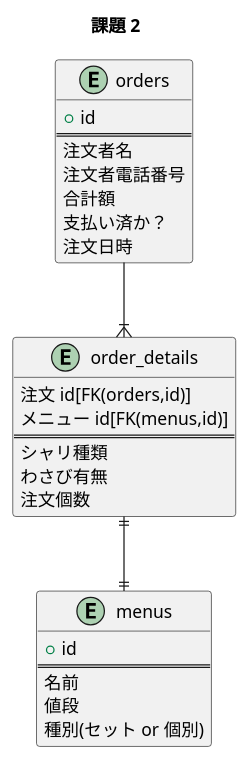
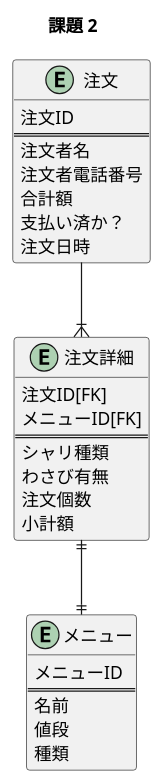
Before and after one commit to naniwadari/praha_challenge: the diagram in db/DBモデリング1/kadai2.pu, drawn with PlantUML. The commit also changed 3 other files, not shown here.

```diff
--- a/db/DBモデリング1/kadai2.pu
+++ b/db/DBモデリング1/kadai2.pu
@@ -1,32 +1,33 @@
 @startuml
   title 課題 2
-  entity "menus" {
-    +id
+  entity "メニュー" {
+    メニューID
     ==
     名前
     値段
-    種別(セット or 個別)
+    種類
   }
 
-  entity "orders" {
-    +id
+  entity "注文" {
+    注文ID
     ==
     注文者名
     注文者電話番号
     合計額
     支払い済か？
     注文日時
   }
 
-  entity "order_details" {
-    注文 id[FK(orders,id)]
-    メニュー id[FK(menus,id)]
+  entity "注文詳細" {
+    注文ID[FK]
+    メニューID[FK]
     ==
     シャリ種類
     わさび有無
     注文個数
+    小計額
   }
 
-  orders --|{ order_details
-  order_details ||--|| menus
+  注文 --|{ 注文詳細
+  注文詳細 ||--|| メニュー
 @enduml
```
